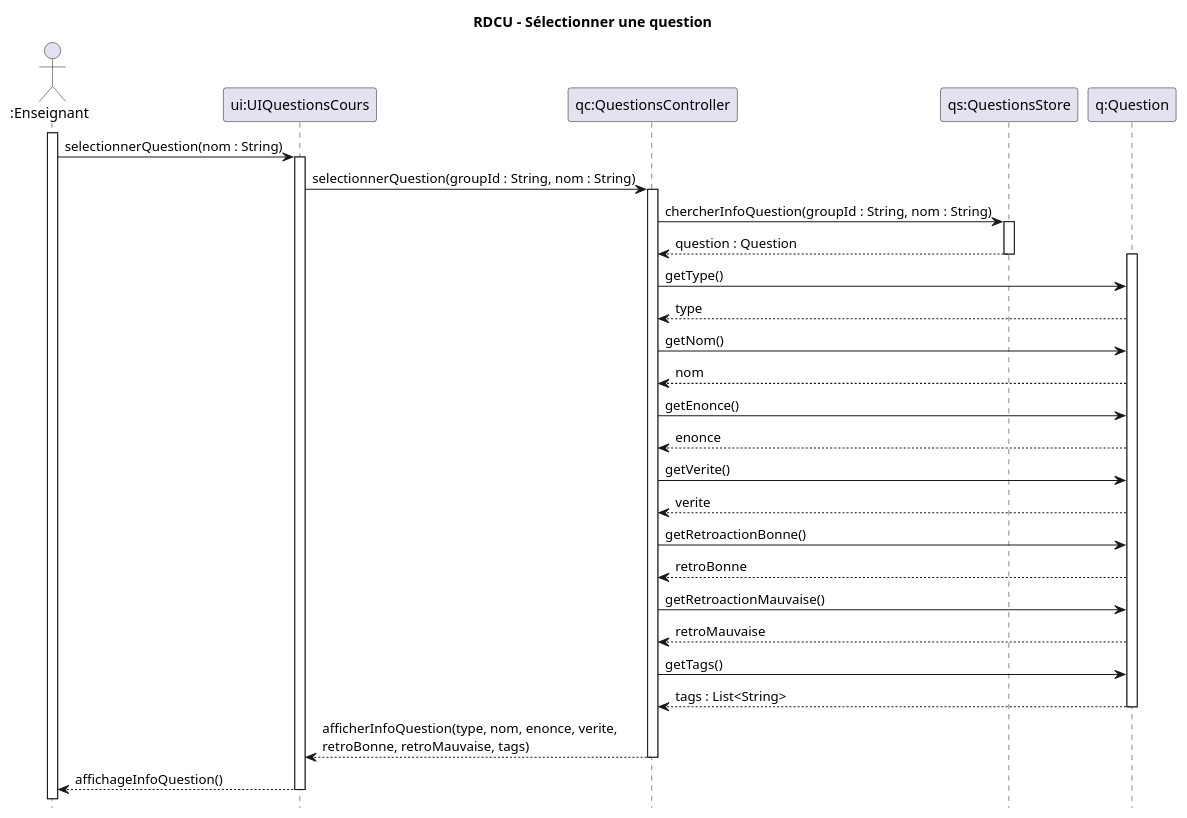
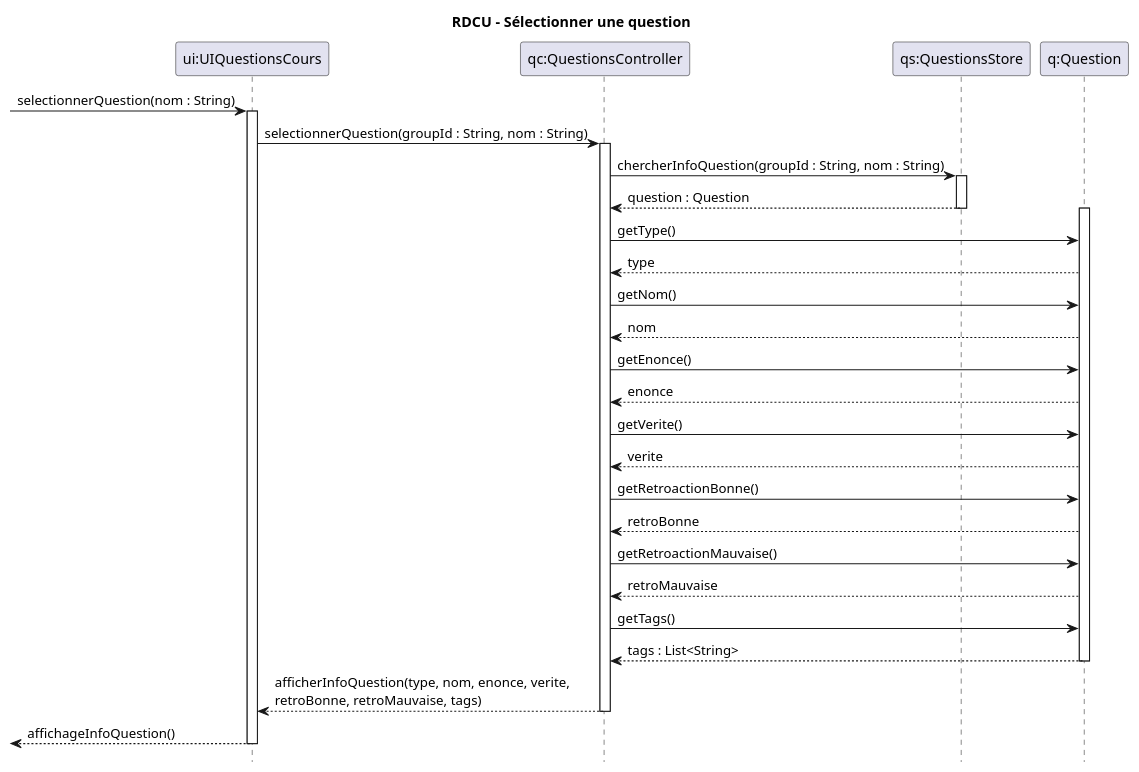
Before and after one commit to xMrYahya/moodle-clone: the diagram in docs/modeles/cu02/rdcu-selectionner-question.puml, drawn with PlantUML.

Commit message:
remove enseignant d'un des rdcus

```diff
--- a/docs/modeles/cu02/rdcu-selectionner-question.puml
+++ b/docs/modeles/cu02/rdcu-selectionner-question.puml
@@ -1,53 +1,51 @@
 @startuml
 hide footbox
 title RDCU – Sélectionner une question
 
-actor ":Enseignant" as e
 participant "ui:UIQuestionsCours" as UI
 participant "qc:QuestionsController" as QC
 participant "qs:QuestionsStore" as QS
 participant "q:Question" as Q
 
-activate e
 
-e -> UI : selectionnerQuestion(nom : String)
+-> UI : selectionnerQuestion(nom : String)
 activate UI
 
 UI -> QC : selectionnerQuestion(groupId : String, nom : String)
 activate QC
 
 QC -> QS : chercherInfoQuestion(groupId : String, nom : String)
 activate QS
 QS --> QC : question : Question
 deactivate QS
 
 activate Q
 QC -> Q : getType()
 Q --> QC : type
 
 QC -> Q : getNom()
 Q --> QC : nom
 
 QC -> Q : getEnonce()
 Q --> QC : enonce
 
 QC -> Q : getVerite()
 Q --> QC : verite
 
 QC -> Q : getRetroactionBonne()
 Q --> QC : retroBonne
 
 QC -> Q : getRetroactionMauvaise()
 Q --> QC : retroMauvaise
 
 QC -> Q : getTags()
 Q --> QC : tags : List<String>
 deactivate Q
 
 QC --> UI : afficherInfoQuestion(type, nom, enonce, verite,\nretroBonne, retroMauvaise, tags)
 deactivate QC
 
-UI --> e : affichageInfoQuestion()
+<-- UI  : affichageInfoQuestion()
 deactivate UI
 
 @enduml
```
